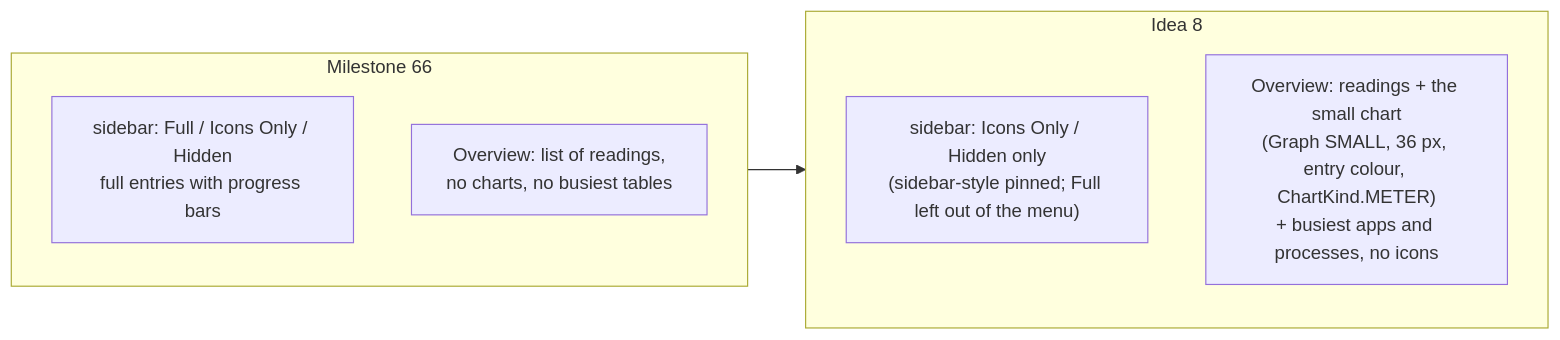
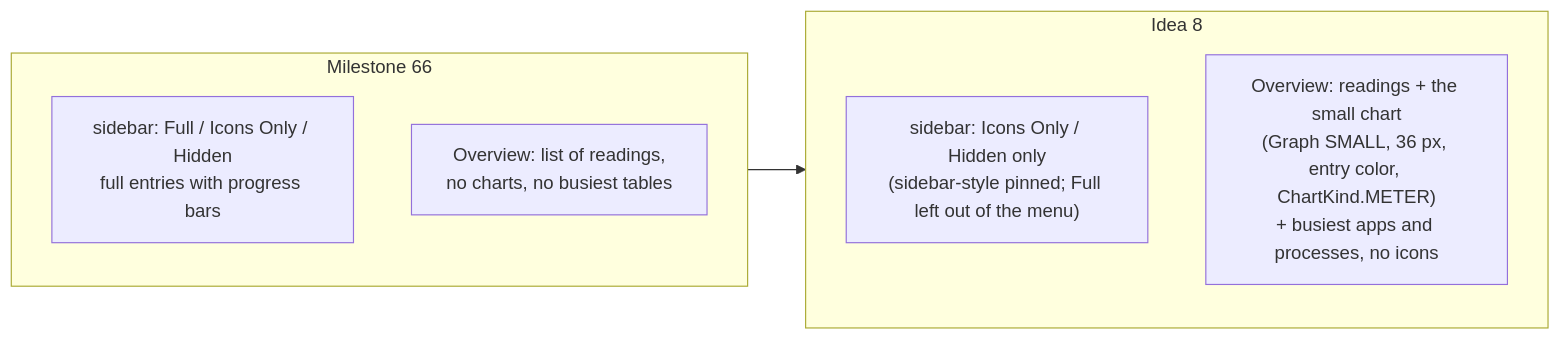
Before and after one commit to mamadingleberry/proccoli: diagram 42 of 47 in docs/DESIGN.md, drawn with Mermaid. The commit also changed other lines of this file and 44 other files, not shown here.

````diff
--- a/docs/DESIGN.md
+++ b/docs/DESIGN.md
@@ -2984,12 +2996,12 @@
 ```mermaid
 flowchart LR
     subgraph M66["Milestone 66"]
         S1["sidebar: Full / Icons Only / Hidden<br/>full entries with progress bars"]
         O1["Overview: list of readings,<br/>no charts, no busiest tables"]
     end
     subgraph I8["Idea 8"]
         S2["sidebar: Icons Only / Hidden only<br/>(sidebar-style pinned; Full left out of the menu)"]
-        O2["Overview: readings + the small chart<br/>(Graph SMALL, 36 px, entry colour, ChartKind.METER)<br/>+ busiest apps and processes, no icons"]
+        O2["Overview: readings + the small chart<br/>(Graph SMALL, 36 px, entry color, ChartKind.METER)<br/>+ busiest apps and processes, no icons"]
     end
     M66 --> I8
 ```
````
